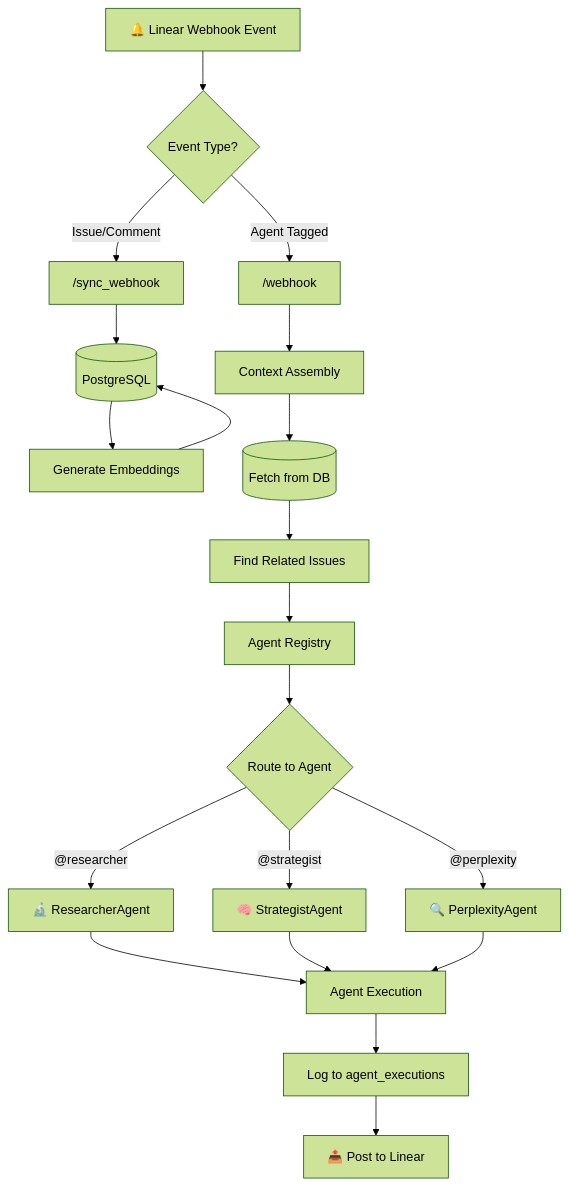
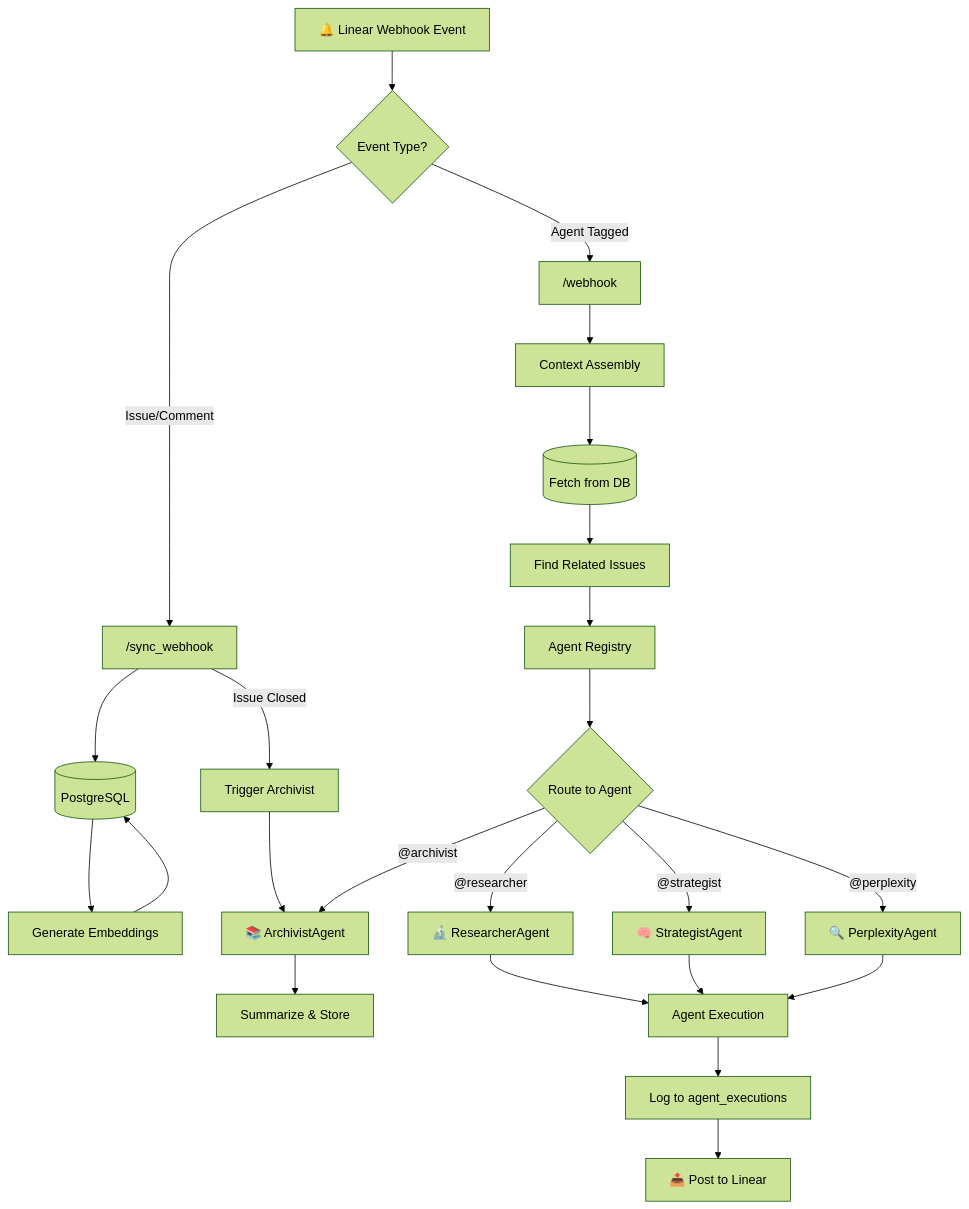
One commit to KrishBhimani/Project-Cortex changed the diagram in README.md. Above: the diagram before and after it, drawn with Mermaid (forest theme). The commit also changed other lines of this file and 1 other file, not shown here.

Commit message:
docs:update README to add Archivist related documents

````diff
--- a/README.md
+++ b/README.md
@@ -92,27 +102,32 @@
 ```mermaid
 flowchart TD
     A["🔔 Linear Webhook Event"] --> B{"Event Type?"}
     
     B -->|"Issue/Comment"| C["/sync_webhook"]
     C --> D[("PostgreSQL")]
     D --> E["Generate Embeddings"]
     E --> D
+    
+    C -->|"Issue Closed"| AA["Trigger Archivist"]
+    AA --> AB["📚 ArchivistAgent"]
+    AB --> AC["Summarize & Store"]
     
     B -->|"Agent Tagged"| F["/webhook"]
     F --> G["Context Assembly"]
     G --> H[("Fetch from DB")]
     H --> I["Find Related Issues"]
     I --> J["Agent Registry"]
     J --> K{"Route to Agent"}
     
     K -->|"@researcher"| L["🔬 ResearcherAgent"]
     K -->|"@strategist"| M["🧠 StrategistAgent"]
     K -->|"@perplexity"| N["🔍 PerplexityAgent"]
+    K -->|"@archivist"| AB
     
     L --> O["Agent Execution"]
     M --> O
     N --> O
     
     O --> P["Log to agent_executions"]
     P --> Q["📤 Post to Linear"]
 ```
````
